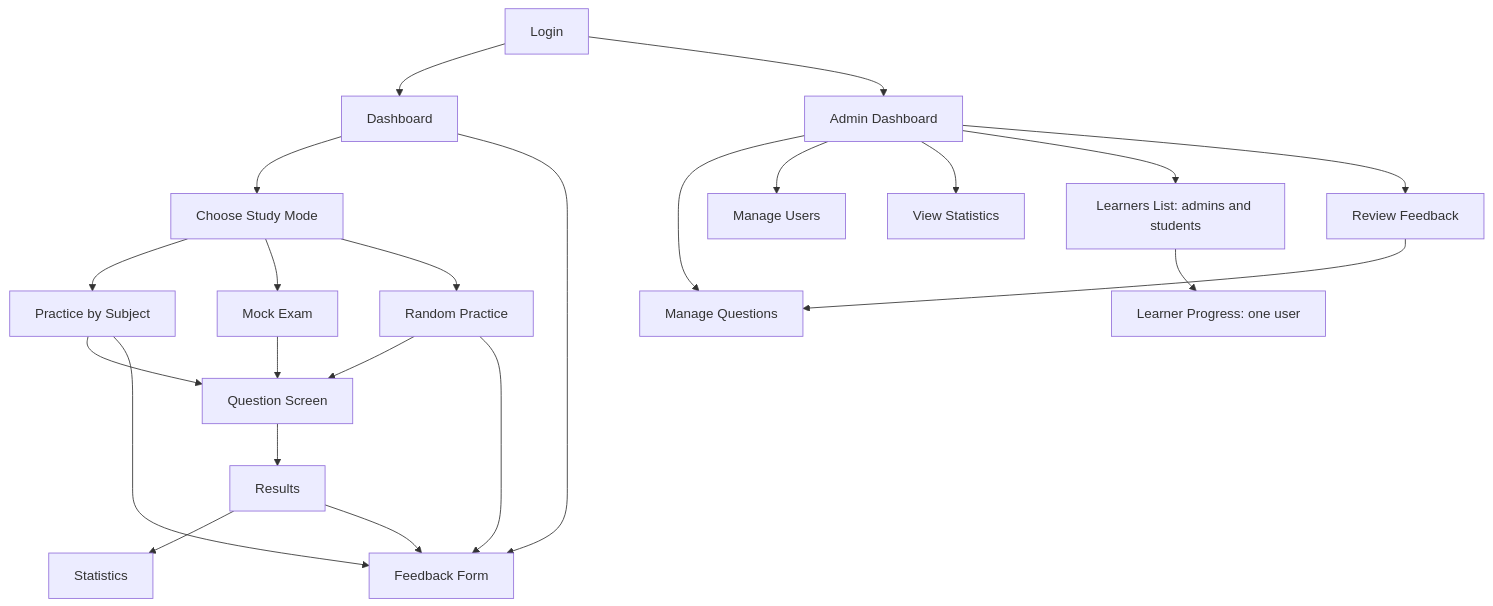
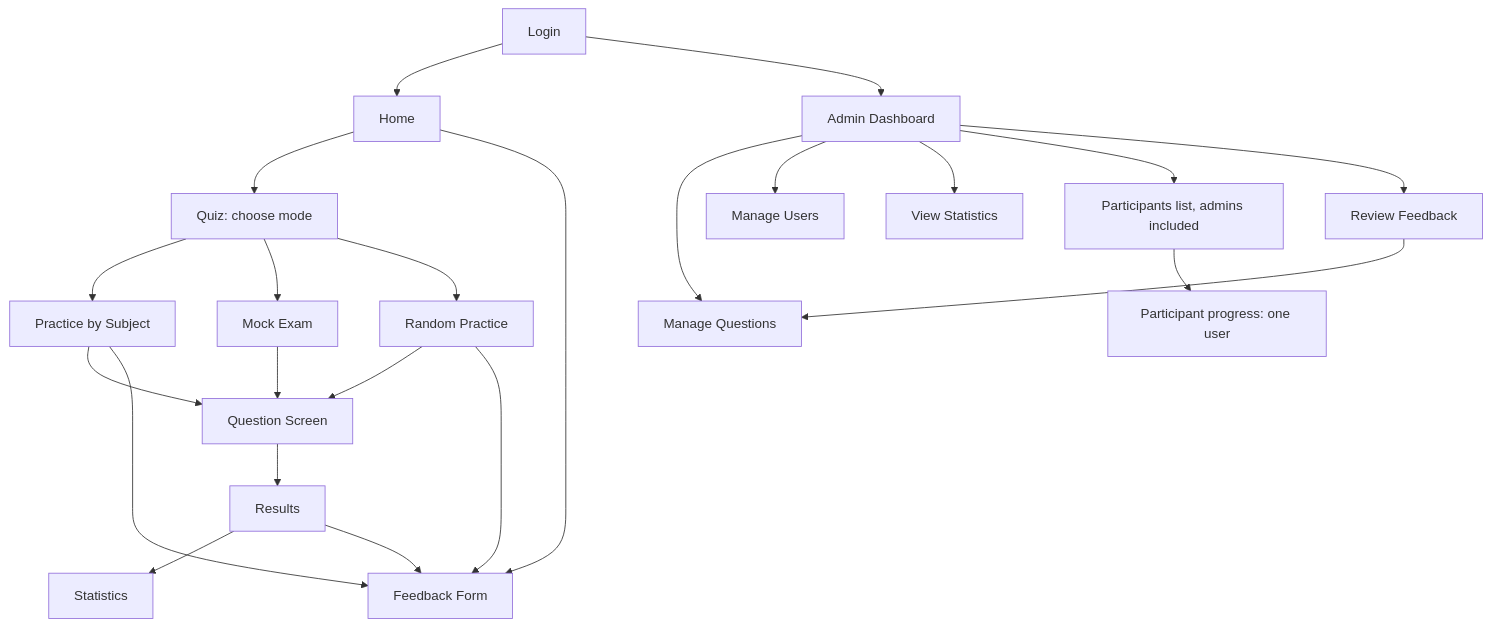
Before and after one commit to Hunter-Theory-Examination-Jagarexamen/hunter-exam-trainer: the diagram in docs/Design/UI-Design.md, drawn with Mermaid. The commit also changed 4 other files, not shown here.

````diff
--- a/docs/Design/UI-Design.md
+++ b/docs/Design/UI-Design.md
@@ -3,43 +3,43 @@
 ```mermaid
 flowchart TD
 
     A[Login]
 
-    A --> B[Dashboard]
+    A --> B[Home]
 
-    B --> C[Choose Study Mode]
+    B --> C[Quiz: choose mode]
 
     C --> D[Practice by Subject]
     C --> E[Mock Exam]
     C --> F[Random Practice]
 
     D --> G[Question Screen]
     E --> G
     F --> G
 
     G --> H[Results]
 
     H --> I[Statistics]
 
     D --> P[Feedback Form]
     F --> P
     H --> P
     B --> P
 
     A --> J[Admin Dashboard]
 
     J --> K[Manage Questions]
 
     J --> L[Manage Users]
 
     J --> M[View Statistics]
 
-    J --> N[Learners List: admins and students]
+    J --> N[Participants list, admins included]
 
-    N --> Q[Learner Progress: one user]
+    N --> Q[Participant progress: one user]
 
     J --> O[Review Feedback]
 
     O --> K
 
 ```
````
